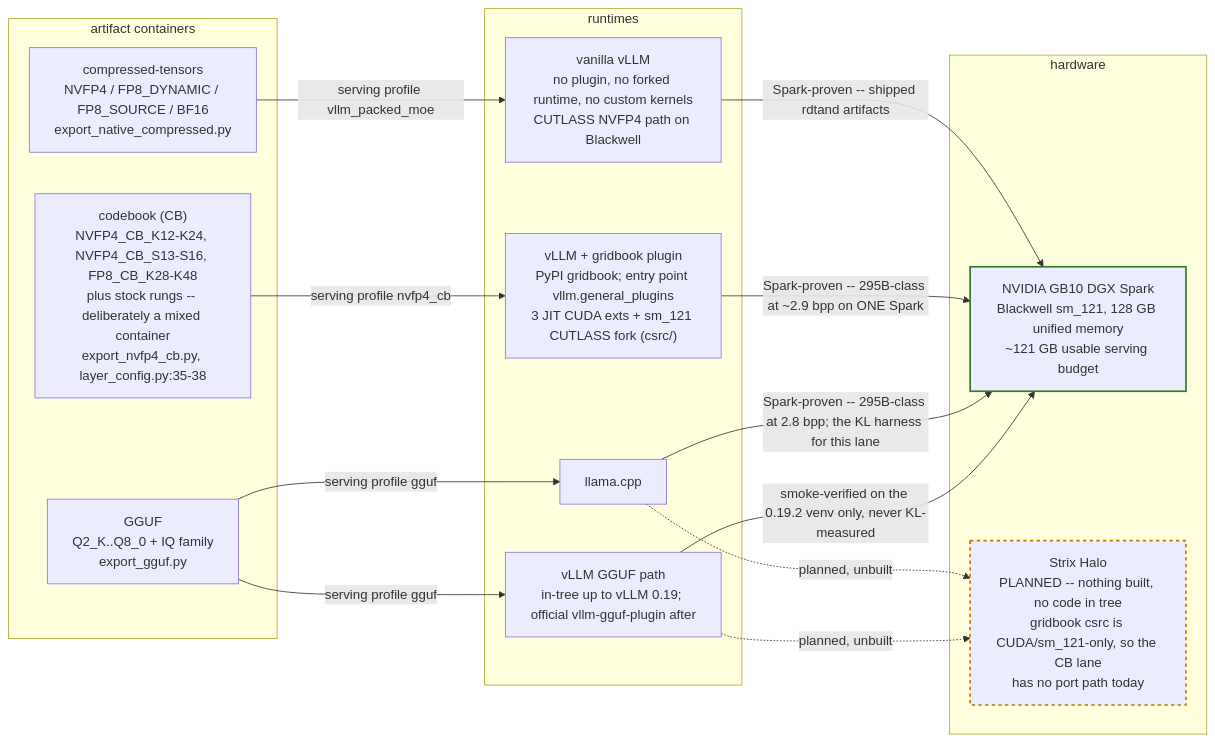
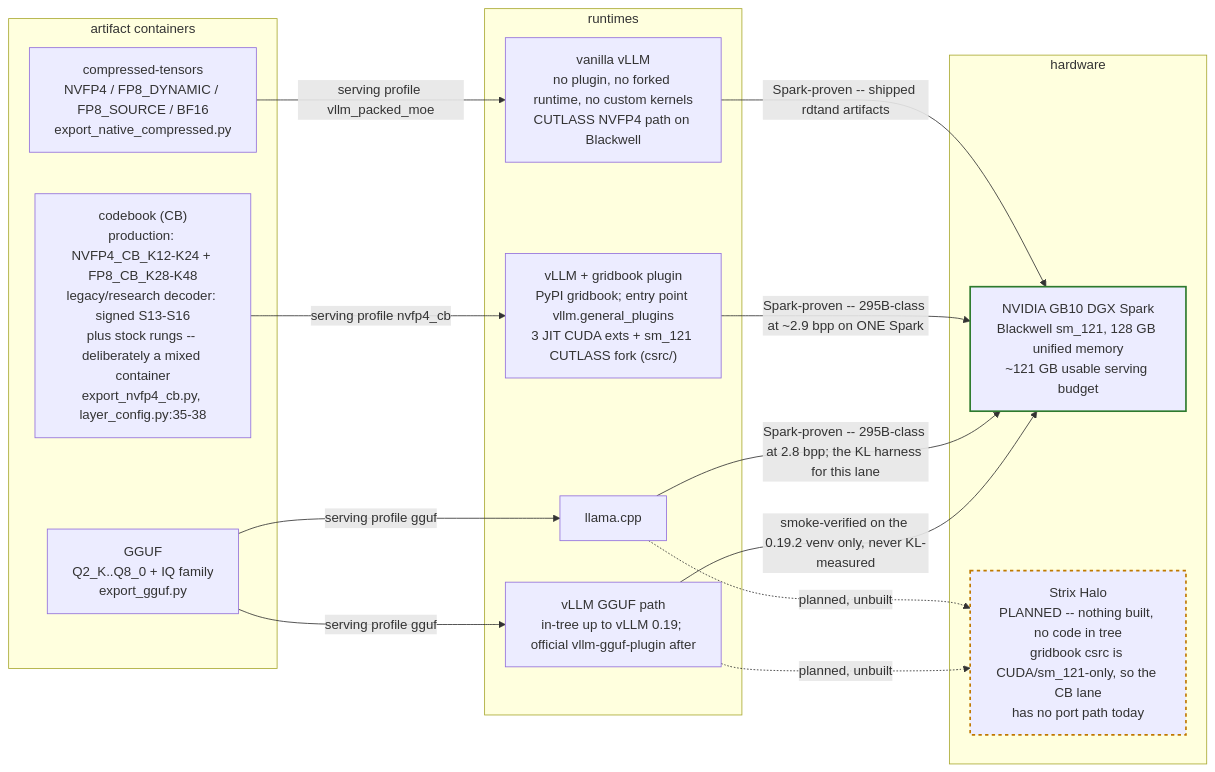
The third of 3 diagrams in docs/ARCHITECTURE.md (JeffreyLatter/prismaquant), drawn with Mermaid before and after one commit. The commit also changed other lines of this file and 5 other files, not shown here.

````diff
--- a/docs/ARCHITECTURE.md
+++ b/docs/ARCHITECTURE.md
@@ -1769,38 +1770,38 @@
 ```mermaid
 flowchart LR
   subgraph CONT["artifact containers"]
     A1["compressed-tensors<br/>NVFP4 / FP8_DYNAMIC / FP8_SOURCE / BF16<br/>export_native_compressed.py"]
-    A2["codebook (CB)<br/>NVFP4_CB_K12-K24, NVFP4_CB_S13-S16, FP8_CB_K28-K48<br/>plus stock rungs -- deliberately a mixed container<br/>export_nvfp4_cb.py, layer_config.py:35-38"]
+    A2["codebook (CB)<br/>production: NVFP4_CB_K12-K24 + FP8_CB_K28-K48<br/>legacy/research decoder: signed S13-S16<br/>plus stock rungs -- deliberately a mixed container<br/>export_nvfp4_cb.py, layer_config.py:35-38"]
     A3["GGUF<br/>Q2_K..Q8_0 + IQ family<br/>export_gguf.py"]
   end
 
   subgraph RT["runtimes"]
     R1["vanilla vLLM<br/>no plugin, no forked runtime, no custom kernels<br/>CUTLASS NVFP4 path on Blackwell"]
     R2["vLLM + gridbook plugin<br/>PyPI gridbook; entry point vllm.general_plugins<br/>3 JIT CUDA exts + sm_121 CUTLASS fork (csrc/)"]
     R3["llama.cpp"]
     R4["vLLM GGUF path<br/>in-tree up to vLLM 0.19; official vllm-gguf-plugin after"]
   end
 
   subgraph HW["hardware"]
     H1["NVIDIA GB10 DGX Spark<br/>Blackwell sm_121, 128 GB unified memory<br/>~121 GB usable serving budget"]
     H2["Strix Halo<br/>PLANNED -- nothing built, no code in tree<br/>gridbook csrc is CUDA/sm_121-only, so the CB lane<br/>has no port path today"]
   end
 
   A1 -->|"serving profile vllm_packed_moe"| R1
   A2 -->|"serving profile nvfp4_cb"| R2
   A3 -->|"serving profile gguf"| R3
   A3 -->|"serving profile gguf"| R4
 
   R1 -->|"Spark-proven -- shipped rdtand artifacts"| H1
   R2 -->|"Spark-proven -- 295B-class at ~2.9 bpp on ONE Spark"| H1
   R3 -->|"Spark-proven -- 295B-class at 2.8 bpp; the KL harness for this lane"| H1
   R4 -->|"smoke-verified on the 0.19.2 venv only, never KL-measured"| H1
 
   R3 -.->|"planned, unbuilt"| H2
   R4 -.->|"planned, unbuilt"| H2
 
   classDef proven stroke:#2d7a2d,stroke-width:2px
   classDef planned stroke:#c07800,stroke-width:2px,stroke-dasharray:4
   class H1 proven
   class H2 planned
 ```
````
